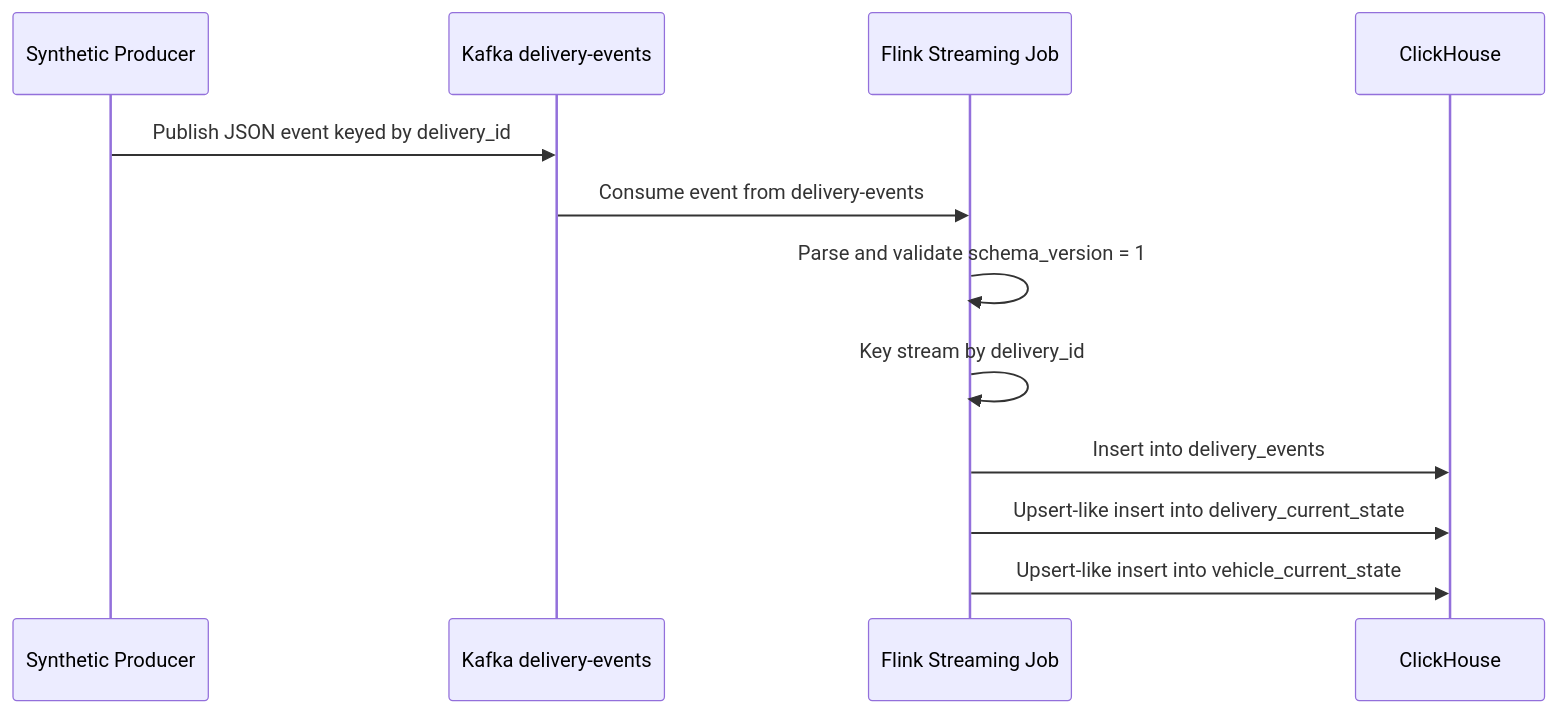
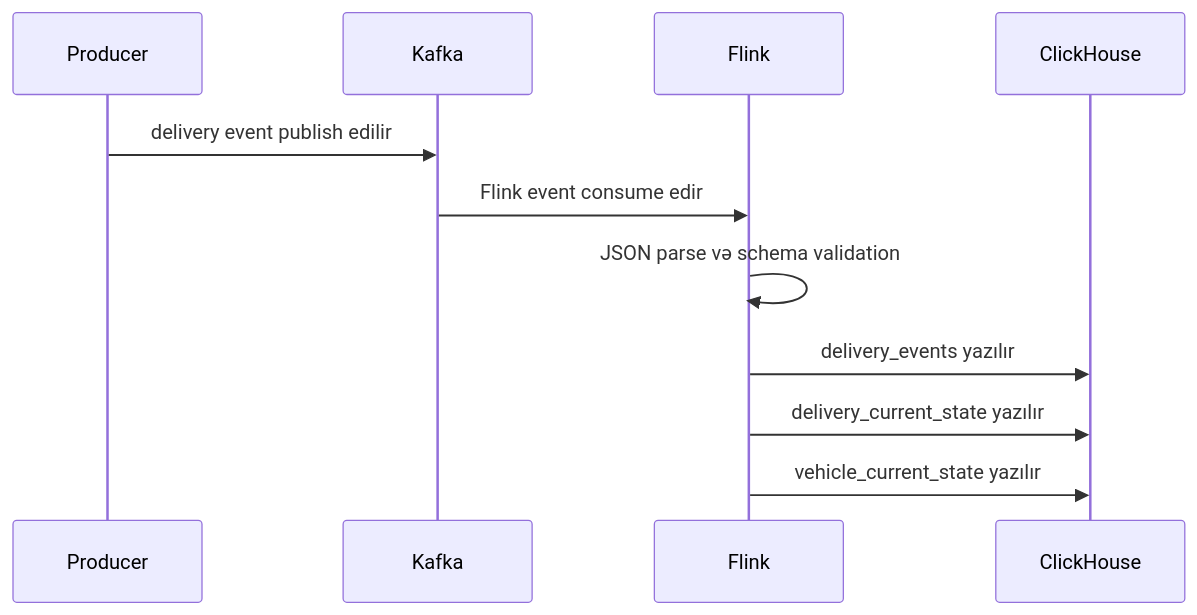
Before and after one commit to VugarMammadov87/deliveryflow-project: the third of 4 diagrams in README.md, drawn with Mermaid. The commit also changed other lines of this file and 23 other files, not shown here.

````diff
--- a/README.md
+++ b/README.md
@@ -112,15 +355,14 @@
 ```mermaid
 sequenceDiagram
-    participant Producer as Synthetic Producer
-    participant Kafka as Kafka delivery-events
-    participant Flink as Flink Streaming Job
-    participant CH as ClickHouse
+    participant P as Producer
+    participant K as Kafka
+    participant F as Flink
+    participant C as ClickHouse
 
-    Producer->>Kafka: Publish JSON event keyed by delivery_id
-    Kafka->>Flink: Consume event from delivery-events
-    Flink->>Flink: Parse and validate schema_version = 1
-    Flink->>Flink: Key stream by delivery_id
-    Flink->>CH: Insert into delivery_events
-    Flink->>CH: Upsert-like insert into delivery_current_state
-    Flink->>CH: Upsert-like insert into vehicle_current_state
+    P->>K: delivery event publish edilir
+    K->>F: Flink event consume edir
+    F->>F: JSON parse və schema validation
+    F->>C: delivery_events yazılır
+    F->>C: delivery_current_state yazılır
+    F->>C: vehicle_current_state yazılır
 ```
````
